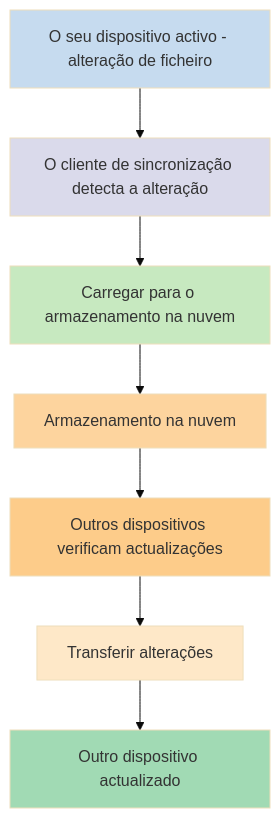
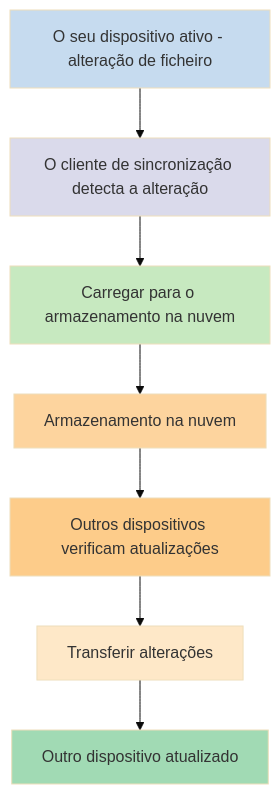
The first of 2 diagrams in pt-pt/Obsidian Sync/Cofres locais e remotos.md (Blackspirits/obsidian-help), drawn with Mermaid (base theme) before and after one commit. The commit also changed other lines of this file and 71 other files, not shown here.

````diff
--- a/pt-pt/Obsidian Sync/Cofres locais e remotos.md
+++ b/pt-pt/Obsidian Sync/Cofres locais e remotos.md
@@ -29,24 +29,24 @@
 ```mermaid
 graph TD
-    A[O seu dispositivo activo - alteração de ficheiro]
+    A[O seu dispositivo ativo - alteração de ficheiro]
     B[O cliente de sincronização detecta a alteração]
     C[Carregar para o armazenamento na nuvem]
     D[Armazenamento na nuvem]
-    E[Outros dispositivos verificam actualizações]
+    E[Outros dispositivos verificam atualizações]
     F[Transferir alterações]
-    G[Outro dispositivo actualizado]
+    G[Outro dispositivo atualizado]
 
     A --> B
     B --> C
     C --> D
     D --> E
     E --> F
     F --> G
     style A fill:#c6dbef
     style B fill:#dadaeb
     style C fill:#c7e9c0
     style D fill:#fdd49e
     style E fill:#fdcc8a
     style F fill:#fee8c8
     style G fill:#a1dab4
 ```
````
